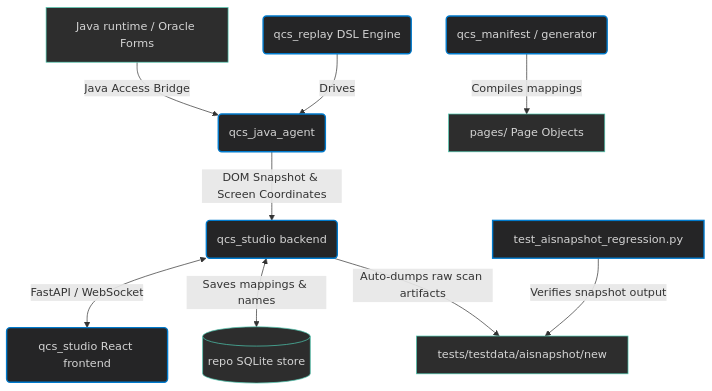
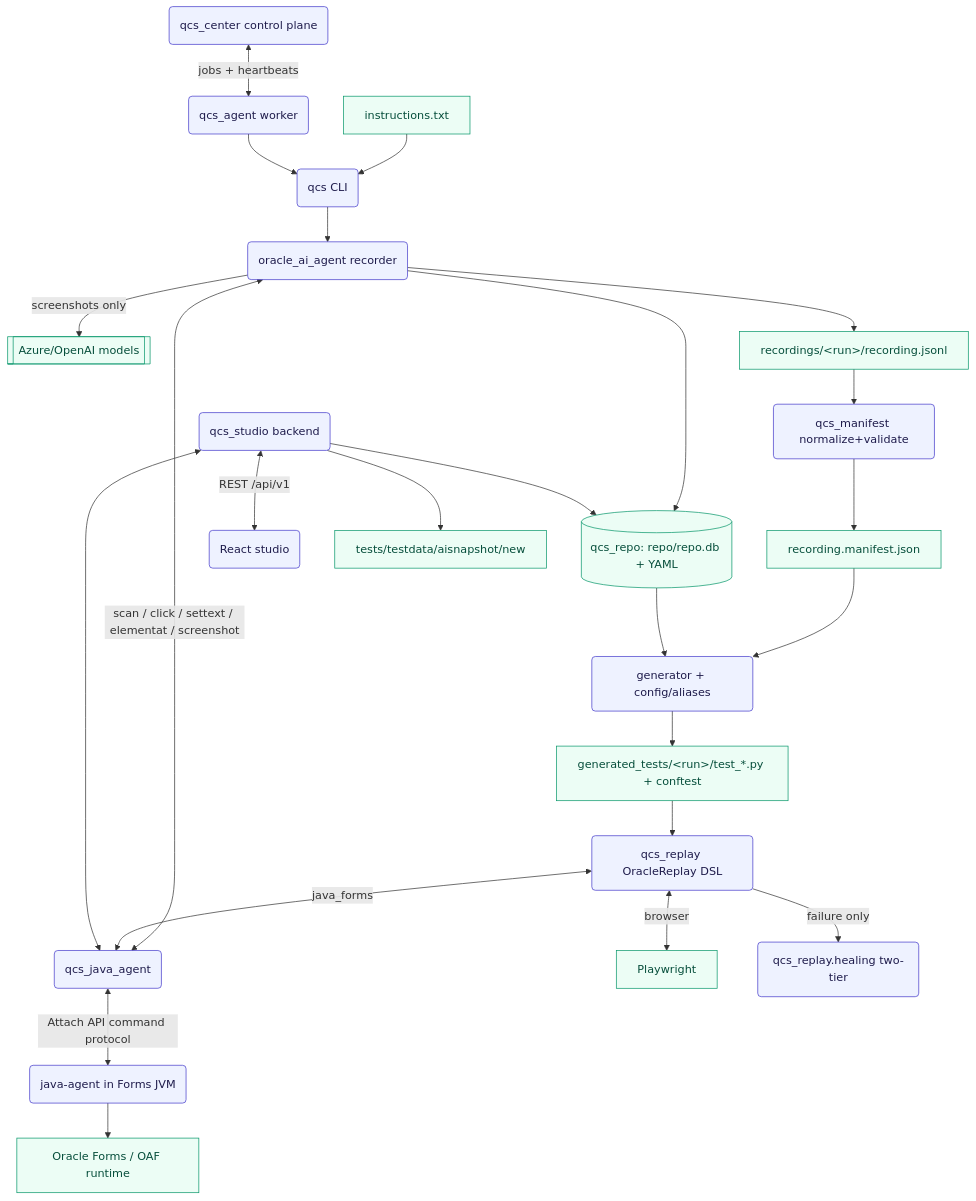
One commit to agarwalkk/oracleautomation changed the diagram in .agents/AGENTS.md. Above: the diagram before and after it, drawn with Mermaid. The commit also changed other lines of this file and 2 other files, not shown here.

````diff
--- a/.agents/AGENTS.md
+++ b/.agents/AGENTS.md
@@ -22,16 +92,32 @@
 ```mermaid
 graph TD
-    classDef comp fill:#252526,stroke:#007acc,stroke-width:2px,color:#d4d4d4;
-    classDef data fill:#2d2d2d,stroke:#4ec9b0,stroke-width:1px,color:#d4d4d4;
-    
-    A[Java runtime / Oracle Forms]:::data -->|Java Access Bridge| B(qcs_java_agent):::comp
-    B -->|DOM Snapshot & Screen Coordinates| C(qcs_studio backend):::comp
-    C <-->|FastAPI / WebSocket| D(qcs_studio React frontend):::comp
-    C <-->|Saves mappings & names| E[(repo SQLite store)]:::data
-    C -->|Auto-dumps raw scan artifacts| F[tests/testdata/aisnapshot/new]:::data
-    
-    G(qcs_manifest / generator):::comp -->|Compiles mappings| H[pages/ Page Objects]:::data
-    I(qcs_replay DSL Engine):::comp -->|Drives| B
-    
-    J[test_aisnapshot_regression.py]:::comp -->|Verifies snapshot output| F
+    classDef comp fill:#eef2ff,stroke:#4338ca,stroke-width:1px,color:#1e1b4b;
+    classDef data fill:#ecfdf5,stroke:#059669,stroke-width:1px,color:#064e3b;
+
+    INSTR[instructions.txt]:::data --> CLI(qcs CLI):::comp
+    CLI --> REC(oracle_ai_agent recorder):::comp
+    REC -->|screenshots only| AI[[Azure/OpenAI models]]:::data
+    REC <-->|scan / click / settext / elementat / screenshot| PYJA(qcs_java_agent):::comp
+    PYJA <-->|Attach API command protocol| JAVA(java-agent in Forms JVM):::comp
+    JAVA --> EBS[Oracle Forms / OAF runtime]:::data
+
+    REC --> JSONL[recordings/&lt;run&gt;/recording.jsonl]:::data
+    JSONL --> MAN(qcs_manifest normalize+validate):::comp
+    MAN --> MANJSON[recording.manifest.json]:::data
+    REC --> REPO[(qcs_repo: repo/repo.db + YAML)]:::data
+    MANJSON --> GEN(generator + config/aliases):::comp
+    REPO --> GEN
+    GEN --> TESTS[generated_tests/&lt;run&gt;/test_*.py + conftest]:::data
+    TESTS --> REPLAY(qcs_replay OracleReplay DSL):::comp
+    REPLAY <-->|browser| PW[Playwright]:::data
+    REPLAY <-->|java_forms| PYJA
+    REPLAY -->|failure only| HEAL(qcs_replay.healing two-tier):::comp
+
+    STUDIO(qcs_studio backend):::comp <-->|REST /api/v1| WEB(React studio):::comp
+    STUDIO <--> PYJA
+    STUDIO --> REPO
+    STUDIO --> AISNAP[tests/testdata/aisnapshot/new]:::data
+
+    CENTER(qcs_center control plane):::comp <-->|jobs + heartbeats| WORKER(qcs_agent worker):::comp
+    WORKER --> CLI
 ```
````
